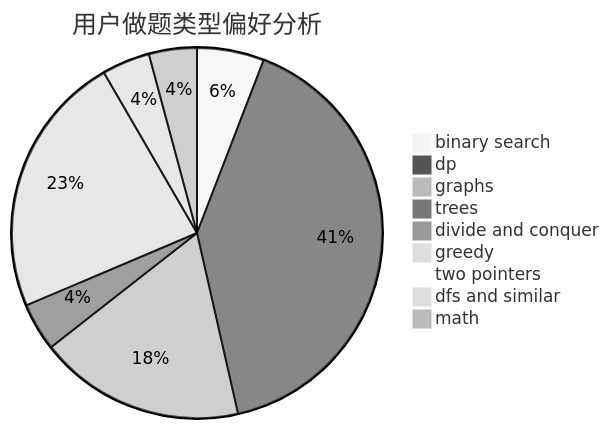
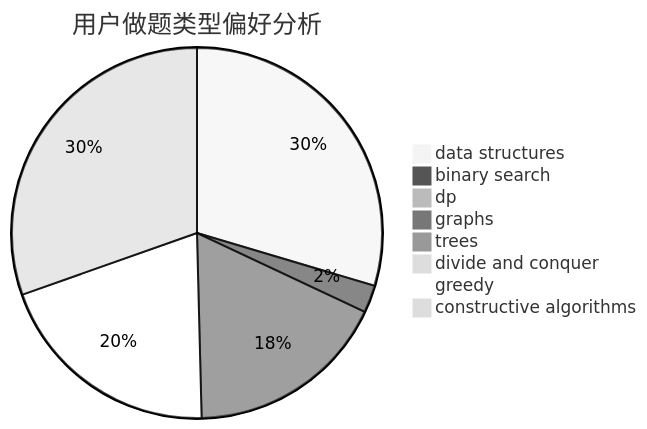
Before and after one commit to sherpahu/cfrs.github.io: the second of 3 diagrams in docs/user/u562.md, drawn with Mermaid (neutral theme). The commit also changed other lines of this file and 2775 other files, not shown here.

````diff
--- a/docs/user/u562.md
+++ b/docs/user/u562.md
@@ -23,12 +23,11 @@
 ```mermaid
 pie title 用户做题类型偏好分析
-    "binary search" :  14
-    "dp" :  97
-    "graphs" :  43
-    "trees" :  10
+    "data structures" :  37
+    "binary search" :  3
+    "dp" :  0
+    "graphs" :  22
+    "trees" :  0
     "divide and conquer" :  0
-    "greedy" :  55
-    "two pointers" :  0
-    "dfs and similar" :  10
-    "math" :  10
+    "greedy" :  25
+    "constructive algorithms" :  38
 ```
````
